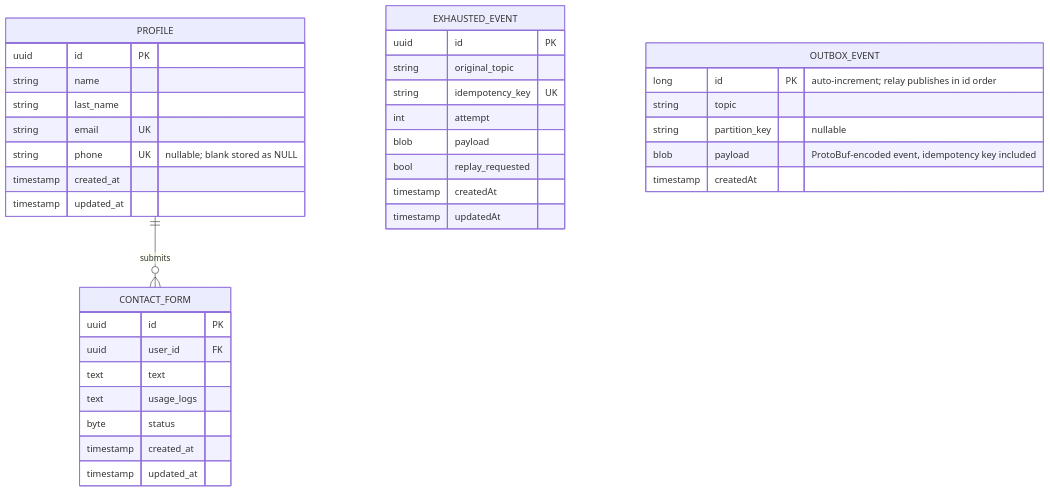
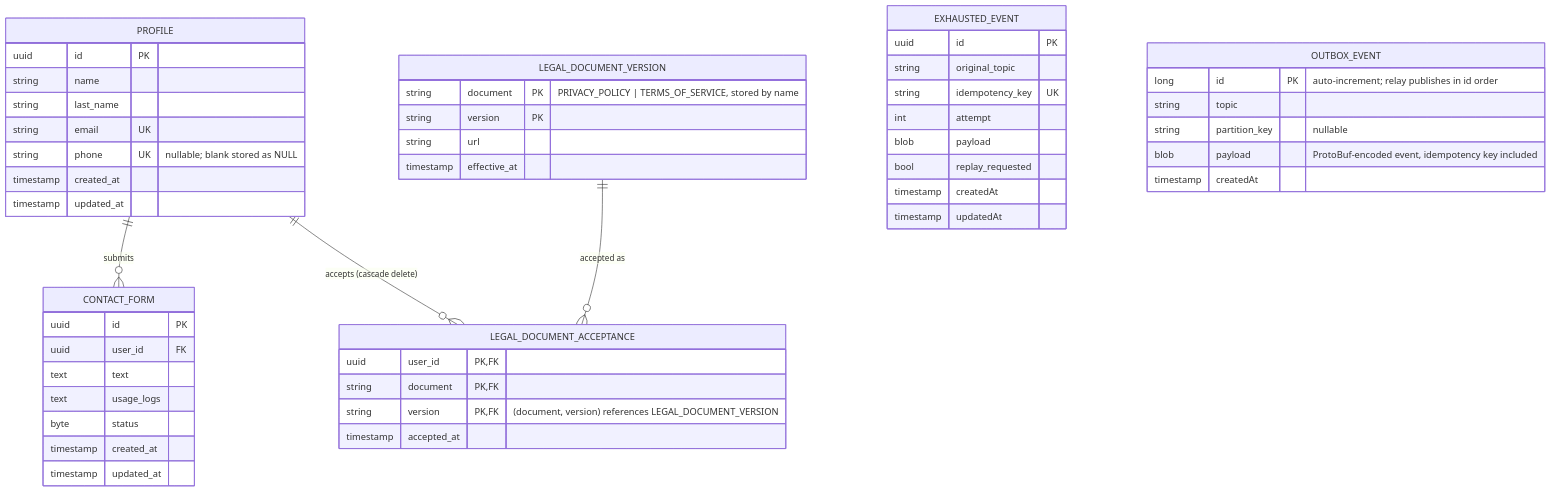
One commit to nocturneproperties/bookkme changed the diagram in docs/database/user.md. Above: the diagram before and after it, drawn with Mermaid. The commit also changed other lines of this file and 54 other files, not shown here.

Commit message:
[ISSUE-129] add legal document acceptance records

````diff
--- a/docs/database/user.md
+++ b/docs/database/user.md
@@ -7,43 +7,59 @@
 ```mermaid
 erDiagram
     PROFILE ||--o{ CONTACT_FORM : "submits"
+    PROFILE ||--o{ LEGAL_DOCUMENT_ACCEPTANCE : "accepts (cascade delete)"
+    LEGAL_DOCUMENT_VERSION ||--o{ LEGAL_DOCUMENT_ACCEPTANCE : "accepted as"
 
     PROFILE {
         uuid id PK
         string name
         string last_name
         string email UK
         string phone UK "nullable; blank stored as NULL"
         timestamp created_at
         timestamp updated_at
     }
 
     CONTACT_FORM {
         uuid id PK
         uuid user_id FK
         text text
         text usage_logs
         byte status
         timestamp created_at
         timestamp updated_at
     }
 
+    LEGAL_DOCUMENT_VERSION {
+        string document PK "PRIVACY_POLICY | TERMS_OF_SERVICE, stored by name"
+        string version PK
+        string url
+        timestamp effective_at
+    }
+
+    LEGAL_DOCUMENT_ACCEPTANCE {
+        uuid user_id PK, FK
+        string document PK, FK
+        string version PK, FK "(document, version) references LEGAL_DOCUMENT_VERSION"
+        timestamp accepted_at
+    }
+
     EXHAUSTED_EVENT {
         uuid id PK
         string original_topic
         string idempotency_key UK
         int attempt
         blob payload
         bool replay_requested
         timestamp createdAt
         timestamp updatedAt
     }
 
     OUTBOX_EVENT {
         long id PK "auto-increment; relay publishes in id order"
         string topic
         string partition_key "nullable"
         blob payload "ProtoBuf-encoded event, idempotency key included"
         timestamp createdAt
     }
 ```
````
